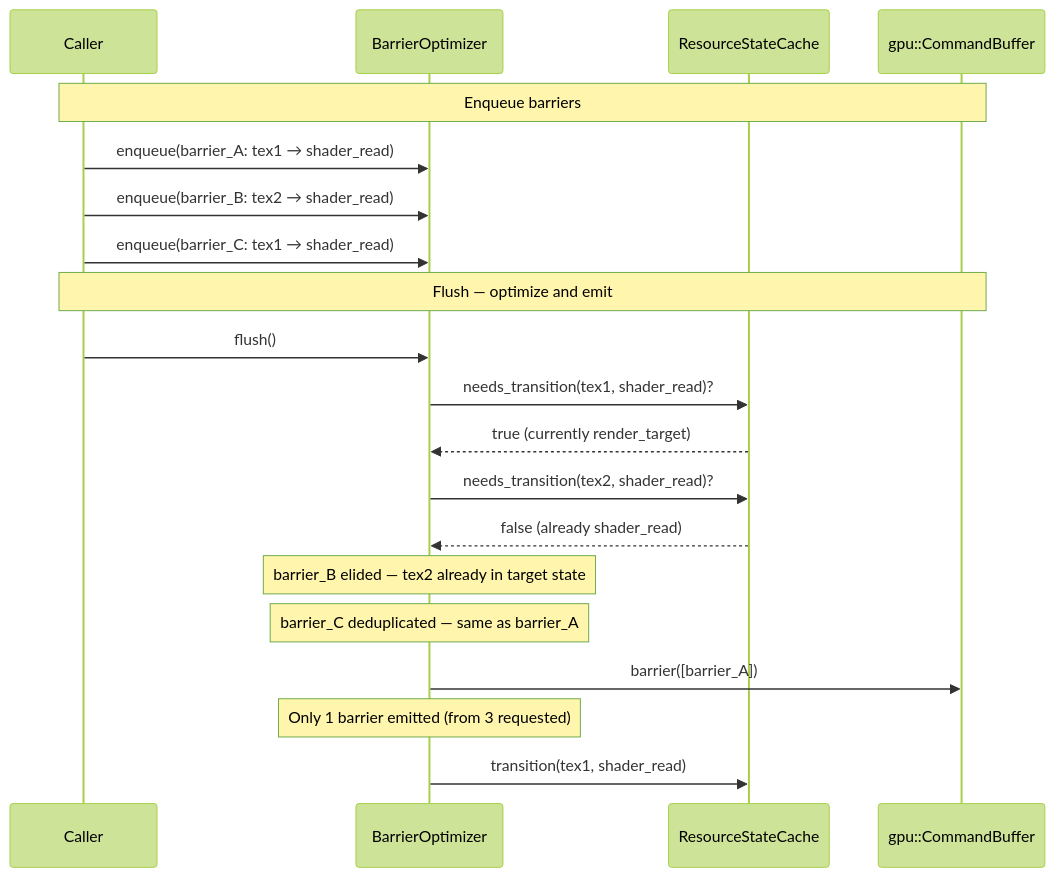
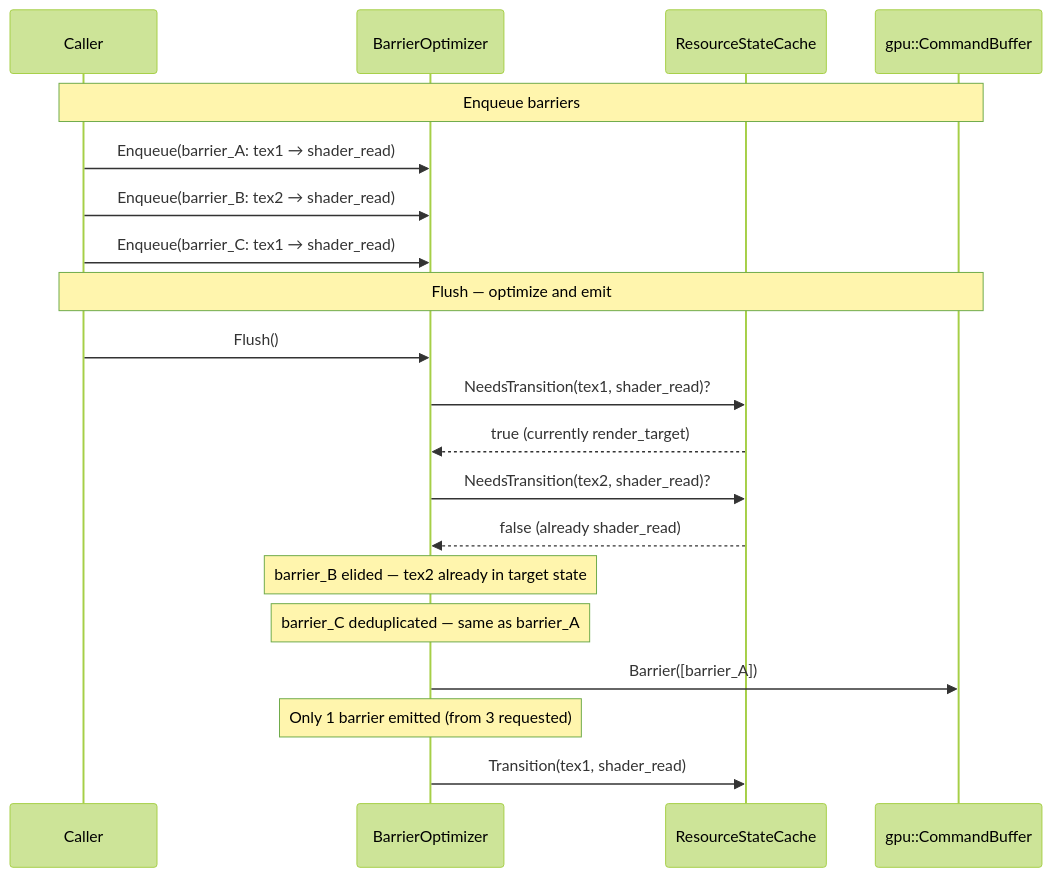
Before and after one commit to harmonius-dev/harmonius: the fifth of 11 diagrams in docs/design/gpu-runtime-classes.md, drawn with Mermaid (forest theme). The commit also changed other lines of this file and 67 other files, not shown here.

````diff
--- a/docs/design/gpu-runtime-classes.md
+++ b/docs/design/gpu-runtime-classes.md
@@ -387,27 +387,27 @@
 ```mermaid
 sequenceDiagram
     participant Caller as Caller
     participant BO as BarrierOptimizer
     participant RSC as ResourceStateCache
     participant CB as gpu::CommandBuffer
 
     Note over Caller,CB: Enqueue barriers
-    Caller->>BO: enqueue(barrier_A: tex1 → shader_read)
-    Caller->>BO: enqueue(barrier_B: tex2 → shader_read)
-    Caller->>BO: enqueue(barrier_C: tex1 → shader_read)
+    Caller->>BO: Enqueue(barrier_A: tex1 → shader_read)
+    Caller->>BO: Enqueue(barrier_B: tex2 → shader_read)
+    Caller->>BO: Enqueue(barrier_C: tex1 → shader_read)
 
     Note over Caller,CB: Flush — optimize and emit
-    Caller->>BO: flush()
+    Caller->>BO: Flush()
 
-    BO->>RSC: needs_transition(tex1, shader_read)?
+    BO->>RSC: NeedsTransition(tex1, shader_read)?
     RSC-->>BO: true (currently render_target)
-    BO->>RSC: needs_transition(tex2, shader_read)?
+    BO->>RSC: NeedsTransition(tex2, shader_read)?
     RSC-->>BO: false (already shader_read)
     Note over BO: barrier_B elided — tex2 already in target state
     Note over BO: barrier_C deduplicated — same as barrier_A
 
-    BO->>CB: barrier([barrier_A])
+    BO->>CB: Barrier([barrier_A])
     Note over BO: Only 1 barrier emitted (from 3 requested)
 
-    BO->>RSC: transition(tex1, shader_read)
+    BO->>RSC: Transition(tex1, shader_read)
 ```
````
